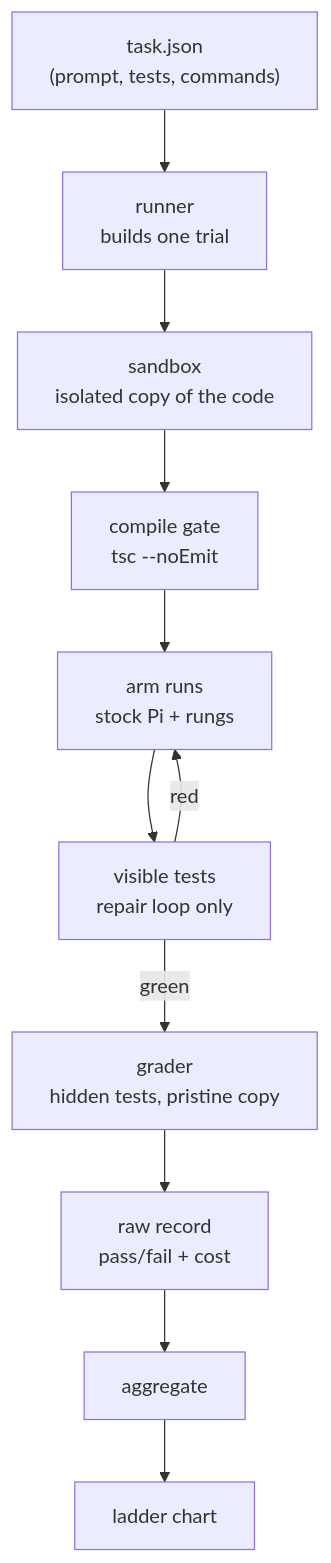
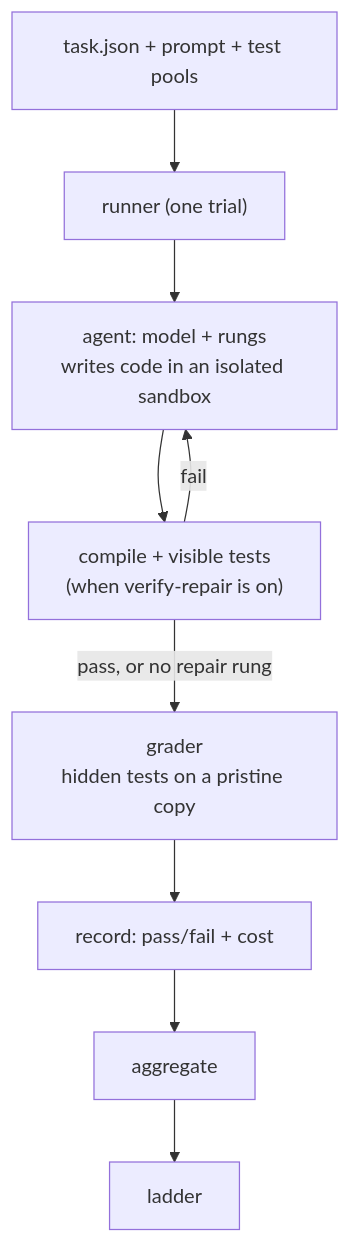
Before and after one commit to kkang132/open-harness-ablation: the diagram in ARCHITECTURE.md, drawn with Mermaid. The commit also changed other lines of this file and 4 other files, not shown here.

````diff
--- a/ARCHITECTURE.md
+++ b/ARCHITECTURE.md
@@ -7,13 +7,11 @@
 ```mermaid
 flowchart TD
-    T["task.json<br/>(prompt, tests, commands)"] --> R["runner<br/>builds one trial"]
-    R --> S["sandbox<br/>isolated copy of the code"]
-    S --> C["compile gate<br/>tsc --noEmit"]
-    C --> A["arm runs<br/>stock Pi + rungs"]
-    A --> V["visible tests<br/>repair loop only"]
-    V -->|red| A
-    V -->|green| G["grader<br/>hidden tests, pristine copy"]
-    G --> Rec["raw record<br/>pass/fail + cost"]
+    T["task.json + prompt + test pools"] --> R["runner (one trial)"]
+    R --> A["agent: model + rungs<br/>writes code in an isolated sandbox"]
+    A --> V["compile + visible tests<br/>(when verify-repair is on)"]
+    V -->|fail| A
+    V -->|pass, or no repair rung| G["grader<br/>hidden tests on a pristine copy"]
+    G --> Rec["record: pass/fail + cost"]
     Rec --> Agg["aggregate"]
-    Agg --> L["ladder chart"]
+    Agg --> L["ladder"]
 ```
````
